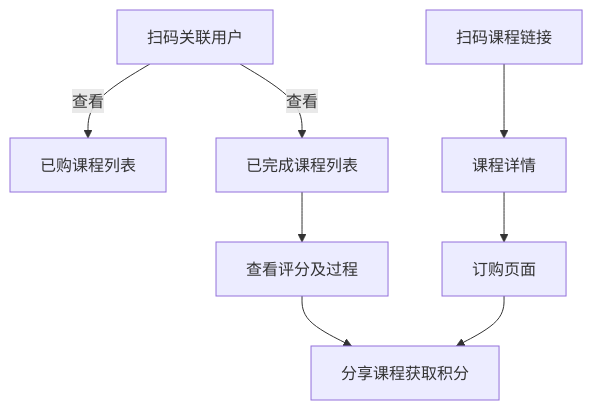
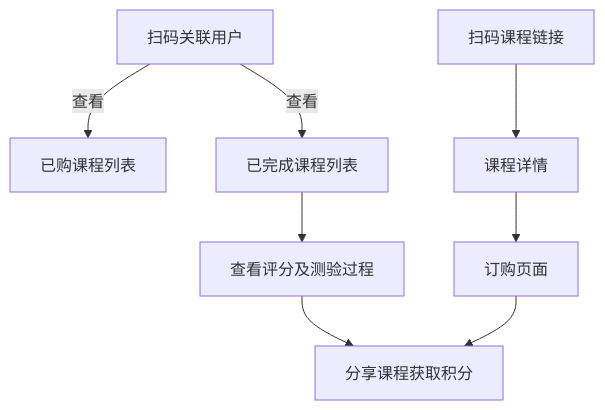
Before and after one commit to Orientsoft/eureka: the diagram in doc/flow/parents.md, drawn with Mermaid. The commit also changed 2 other files, not shown here.

Commit message:
add flow

````diff
--- a/doc/flow/parents.md
+++ b/doc/flow/parents.md
@@ -3,14 +3,14 @@
 ```mermaid
 graph TD
 
 A[扫码关联用户] -->|查看| B[已购课程列表]
 A[扫码关联用户] -->|查看| C[已完成课程列表]
-C --> D[查看评分及过程] 
+C --> D[查看评分及测验过程] 
 D --> E[分享课程获取积分]
 
 F[扫码课程链接] --> G[课程详情]
 G --> H[订购页面]
 H --> E
 
 
 ```
````
